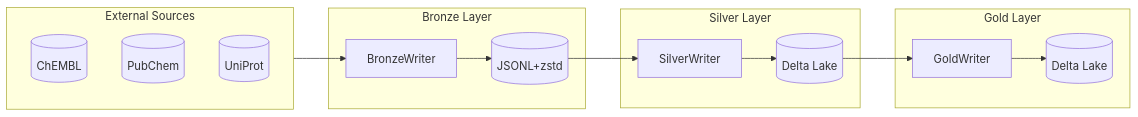
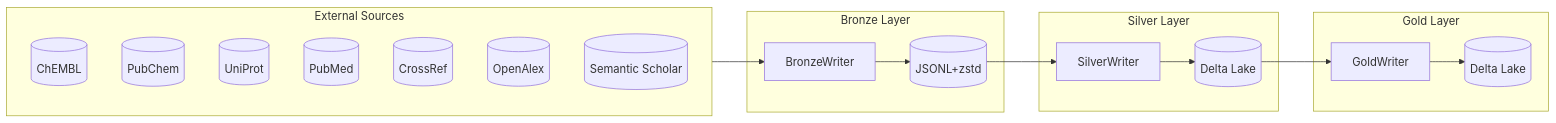
Before and after one commit to SatoryKono/BioactivityDataAcquisition: the sixth of 9 diagrams in docs/02-architecture/diagrams.md, drawn with Mermaid. The commit also changed other lines of this file and 23 other files, not shown here.

````diff
--- a/docs/02-architecture/diagrams.md
+++ b/docs/02-architecture/diagrams.md
@@ -198,27 +202,31 @@
 ```mermaid
 flowchart LR
     subgraph Sources["External Sources"]
         ChEMBL[(ChEMBL)]
         PubChem[(PubChem)]
         UniProt[(UniProt)]
+        PubMed[(PubMed)]
+        CrossRef[(CrossRef)]
+        OpenAlex[(OpenAlex)]
+        S2[(Semantic Scholar)]
     end
 
     subgraph Bronze["Bronze Layer"]
         BW[BronzeWriter]
         BD[("JSONL+zstd")]
     end
 
     subgraph Silver["Silver Layer"]
         DW[SilverWriter]
         SD[("Delta Lake")]
     end
 
     subgraph Gold["Gold Layer"]
         GW[GoldWriter]
         GD[("Delta Lake")]
     end
 
     Sources --> BW --> BD
     BD --> DW --> SD
     SD --> GW --> GD
 ```
````
